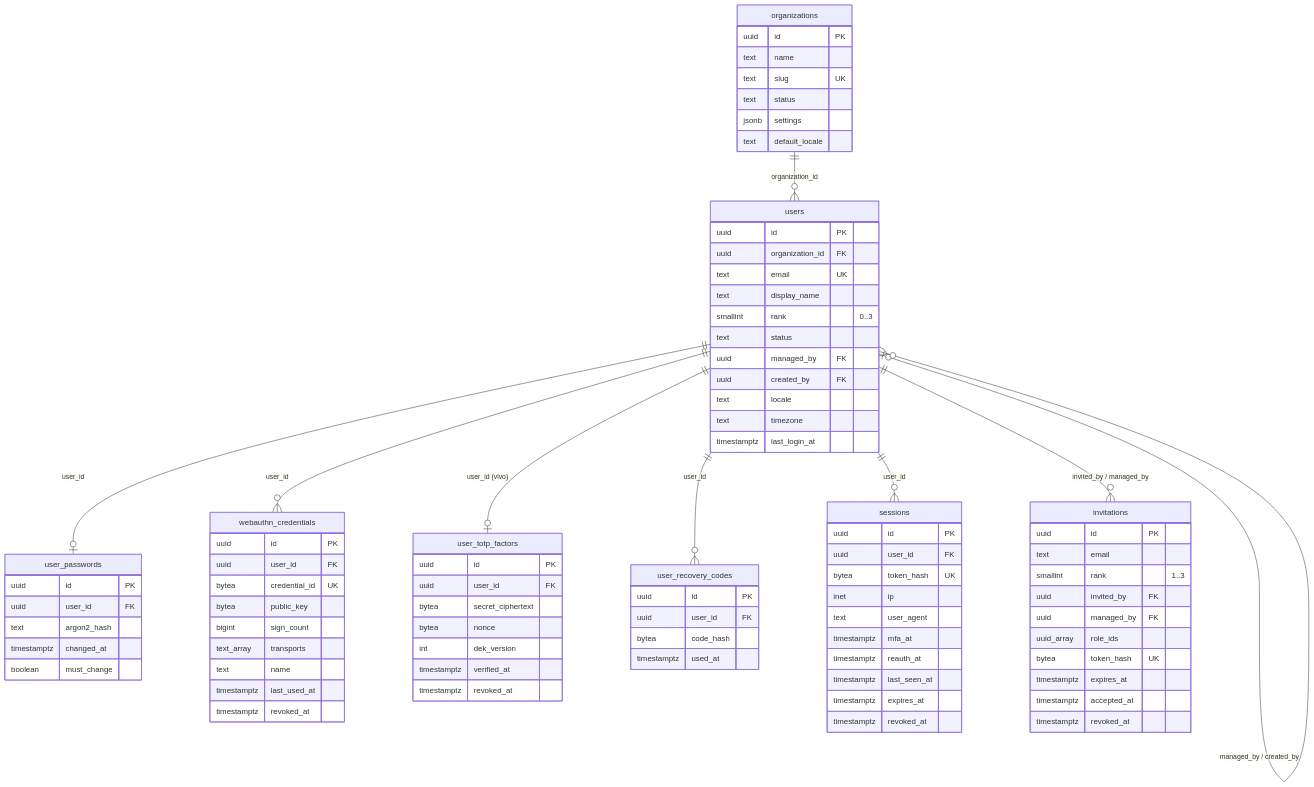
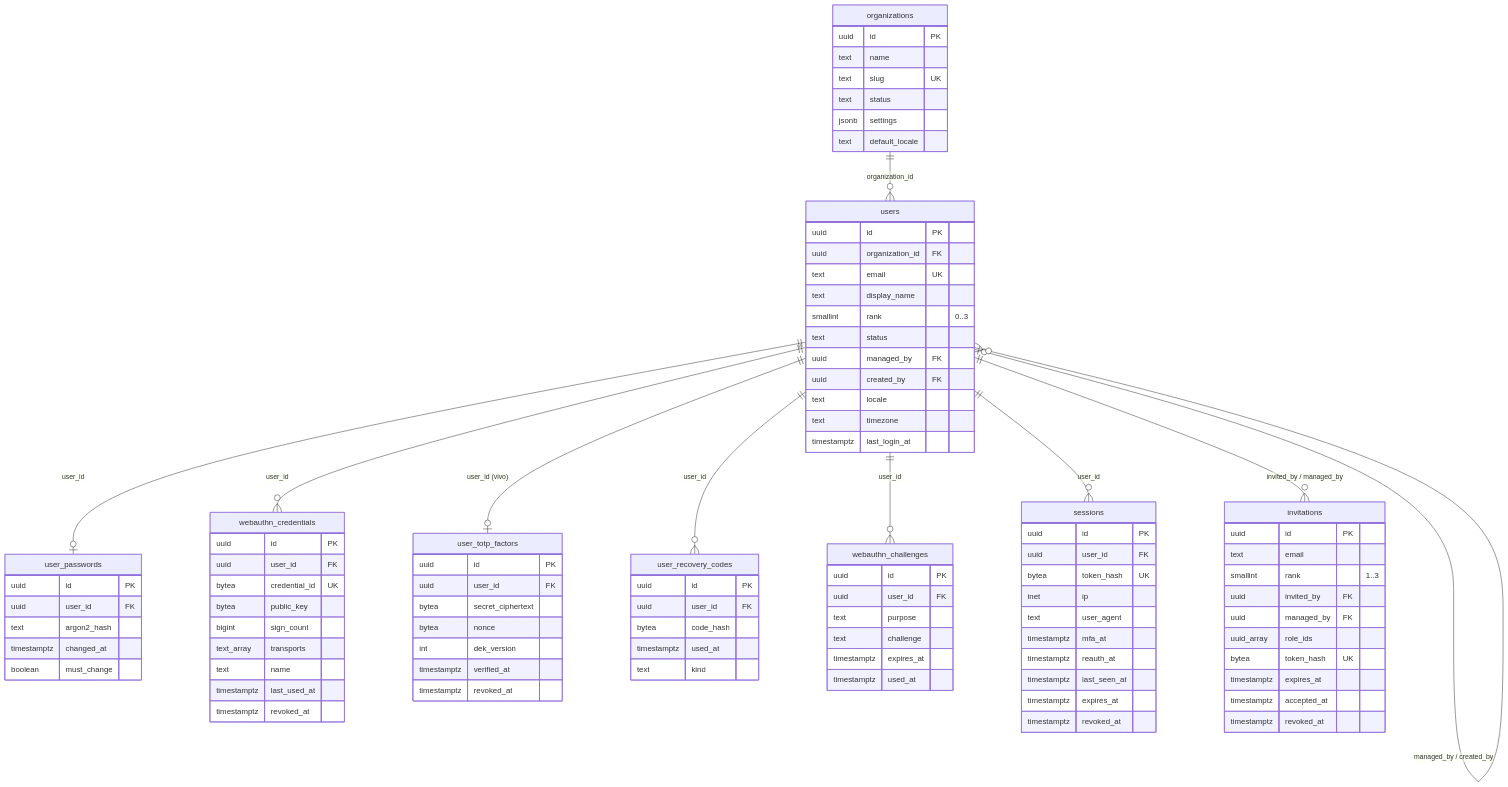
The first of 6 diagrams in docs/database.md (OJoshuaCG/compass), drawn with Mermaid before and after one commit. The commit also changed other lines of this file and 9 other files, not shown here.

```diff
--- a/docs/database.md
+++ b/docs/database.md
@@ -85,6 +88,7 @@
   users ||--o{ webauthn_credentials : "user_id"
   users ||--o| user_totp_factors : "user_id (vivo)"
   users ||--o{ user_recovery_codes : "user_id"
+  users ||--o{ webauthn_challenges : "user_id"
   users ||--o{ sessions : "user_id"
   users ||--o{ invitations : "invited_by / managed_by"
   users |o--o{ users : "managed_by / created_by"
@@ -142,6 +146,15 @@
     uuid user_id FK
     bytea code_hash
     timestamptz used_at
+    text kind
+  }
+  webauthn_challenges {
+    uuid id PK
+    uuid user_id FK
+    text purpose
+    text challenge
+    timestamptz expires_at
+    timestamptz used_at
   }
   sessions {
     uuid id PK
```
